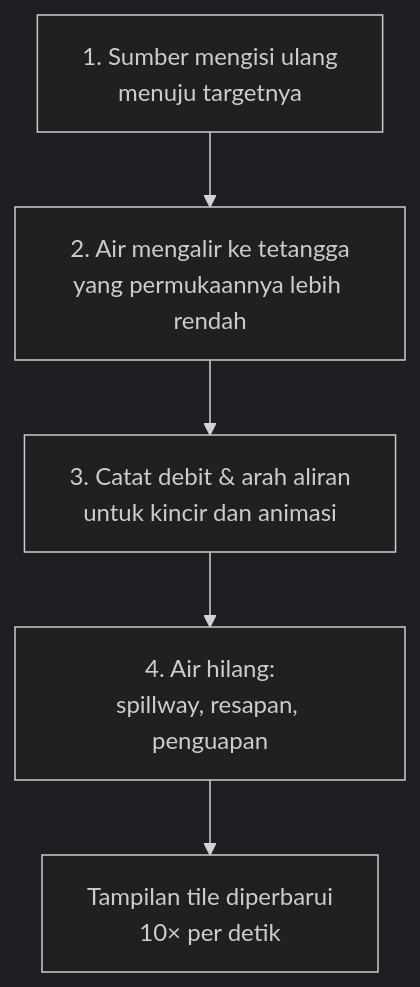
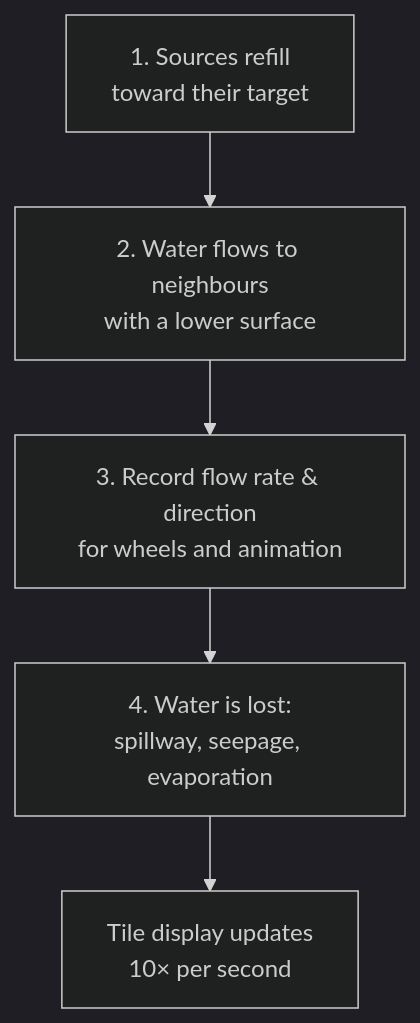
One commit to RXhy/isometric-waterways changed the second of 2 diagrams in mechanic.md. Above: the diagram before and after it, drawn with Mermaid (dark theme). The commit also changed other lines of this file and 10 other files, not shown here.

````diff
--- a/mechanic.md
+++ b/mechanic.md
@@ -194,7 +195,7 @@
 ```mermaid
 flowchart TD
-    A[1. Sumber mengisi ulang<br/>menuju targetnya] --> B[2. Air mengalir ke tetangga<br/>yang permukaannya lebih rendah]
-    B --> C[3. Catat debit & arah aliran<br/>untuk kincir dan animasi]
-    C --> D[4. Air hilang:<br/>spillway, resapan, penguapan]
-    D --> E[Tampilan tile diperbarui<br/>10× per detik]
+    A[1. Sources refill<br/>toward their target] --> B[2. Water flows to neighbours<br/>with a lower surface]
+    B --> C[3. Record flow rate & direction<br/>for wheels and animation]
+    C --> D[4. Water is lost:<br/>spillway, seepage, evaporation]
+    D --> E[Tile display updates<br/>10× per second]
 ```
````
